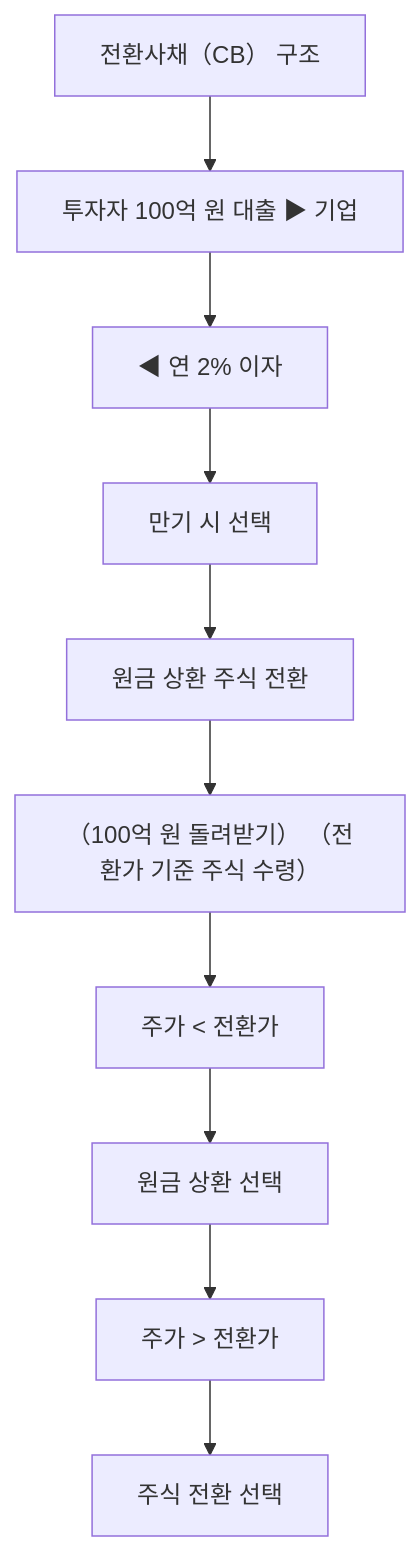
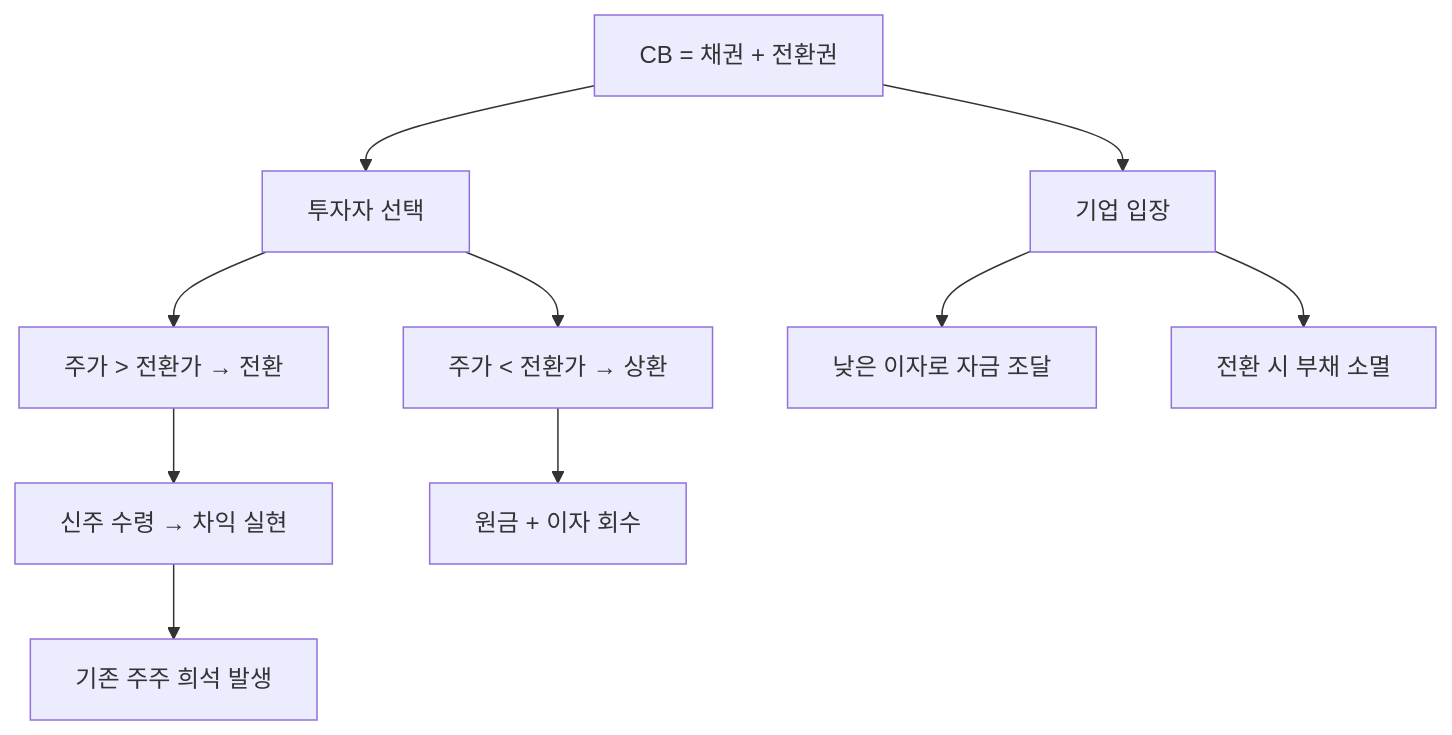
Before and after one commit to yeongseon/stock-visual-note: the diagram in content/stock-terms/ko/level-07-earnings/convertible-bond.md, drawn with Mermaid. The commit also changed other lines of this file and 96 other files, not shown here.

Commit message:
Rewrite all 98 remaining articles: branching Mermaid diagrams, natural search_intent, compelling seo_titles, clean descriptions

````diff
--- a/content/stock-terms/ko/level-07-earnings/convertible-bond.md
+++ b/content/stock-terms/ko/level-07-earnings/convertible-bond.md
@@ -42,22 +42,13 @@
 ```mermaid
 graph TD
-    A0["전환사채（CB） 구조"]
-    A1["투자자 100억 원 대출 ▶ 기업"]
-    A2["◀ 연 2% 이자"]
-    A3["만기 시 선택"]
-    A4["원금 상환 주식 전환"]
-    A5["（100억 원 돌려받기） （전환가 기준 주식 수령）"]
-    A6["주가 < 전환가"]
-    A7["원금 상환 선택"]
-    A8["주가 > 전환가"]
-    A9["주식 전환 선택"]
-    A0 --> A1
-    A1 --> A2
-    A2 --> A3
-    A3 --> A4
-    A4 --> A5
-    A5 --> A6
-    A6 --> A7
-    A7 --> A8
-    A8 --> A9
+    A["CB = 채권 + 전환권"]
+    A --> B["투자자 선택"]
+    A --> C["기업 입장"]
+    B --> B1["주가 > 전환가 → 전환"]
+    B --> B2["주가 < 전환가 → 상환"]
+    B1 --> D["신주 수령 → 차익 실현"]
+    B2 --> E["원금 + 이자 회수"]
+    C --> C1["낮은 이자로 자금 조달"]
+    C --> C2["전환 시 부채 소멸"]
+    D --> F["기존 주주 희석 발생"]
 ```
````
